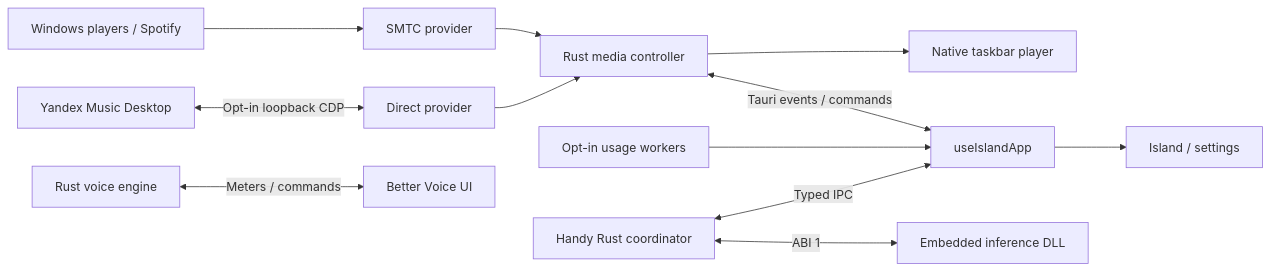
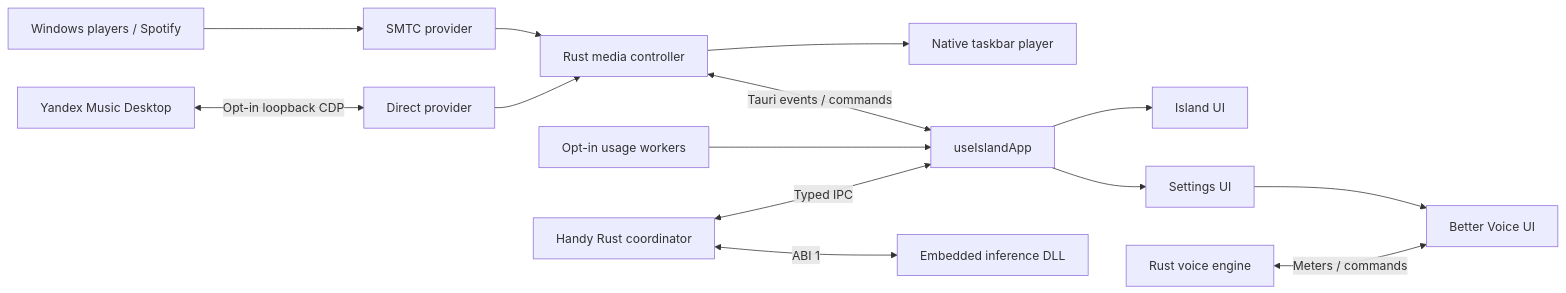
The diagram in README.md (redheadesign/music-island), drawn with Mermaid before and after one commit. The commit also changed other lines of this file and 1 other file, not shown here.

Commit message:
Connect Better Voice in architecture diagram and label README video

````diff
--- a/README.md
+++ b/README.md
@@ -54,14 +58,16 @@
 ```mermaid
 flowchart LR
   Players[Windows players / Spotify] --> SMTC[SMTC provider]
   Yandex[Yandex Music Desktop] <-->|Opt-in loopback CDP| Direct[Direct provider]
   SMTC --> Media[Rust media controller]
   Direct --> Media
   Media --> Native[Native taskbar player]
   Media <-->|Tauri events / commands| App[useIslandApp]
-  App --> Island[Island / settings]
+  App --> Island[Island UI]
+  App --> Settings[Settings UI]
+  Settings --> BetterVoice[Better Voice UI]
   Usage[Opt-in usage workers] --> App
   Voice[Rust voice engine] <-->|Meters / commands| BetterVoice[Better Voice UI]
   Dictation[Handy Rust coordinator] <-->|ABI 1| Runtime[Embedded inference DLL]
   Dictation <-->|Typed IPC| App
 ```
````
